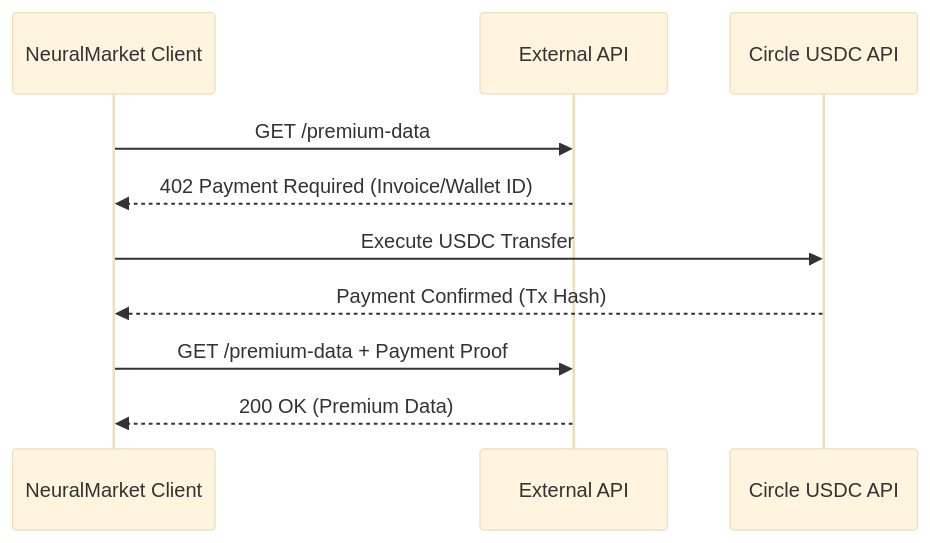
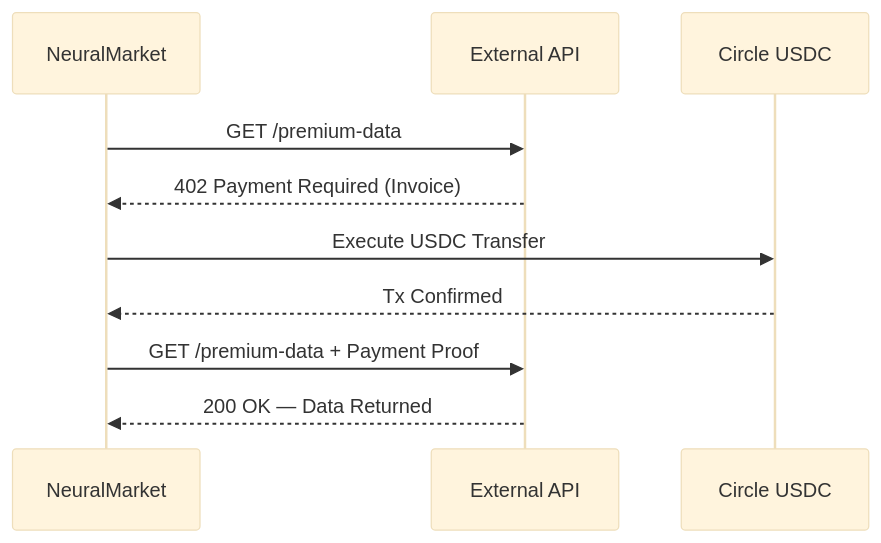
The diagram in README.md (shashankrpatil077-ctrl/NeuralMarket), drawn with Mermaid (base theme) before and after one commit. The commit also changed other lines of this file, not shown here.

Commit message:
docs: Professional redesign — flat-square badges, clean sequence diagram, unicode section markers

````diff
--- a/README.md
+++ b/README.md
@@ -20,13 +28,13 @@
 ```mermaid
 sequenceDiagram
-    participant C as NeuralMarket Client
-    participant S as External API
-    participant Circle as Circle USDC API
-    
-    C->>S: GET /premium-data
-    S-->>C: 402 Payment Required (Invoice/Wallet ID)
-    C->>Circle: Execute USDC Transfer
-    Circle-->>C: Payment Confirmed (Tx Hash)
-    C->>S: GET /premium-data + Payment Proof
-    S-->>C: 200 OK (Premium Data)
+    participant Client as NeuralMarket
+    participant API as External API
+    participant Circle as Circle USDC
+
+    Client->>API: GET /premium-data
+    API-->>Client: 402 Payment Required (Invoice)
+    Client->>Circle: Execute USDC Transfer
+    Circle-->>Client: Tx Confirmed
+    Client->>API: GET /premium-data + Payment Proof
+    API-->>Client: 200 OK — Data Returned
 ```
````
